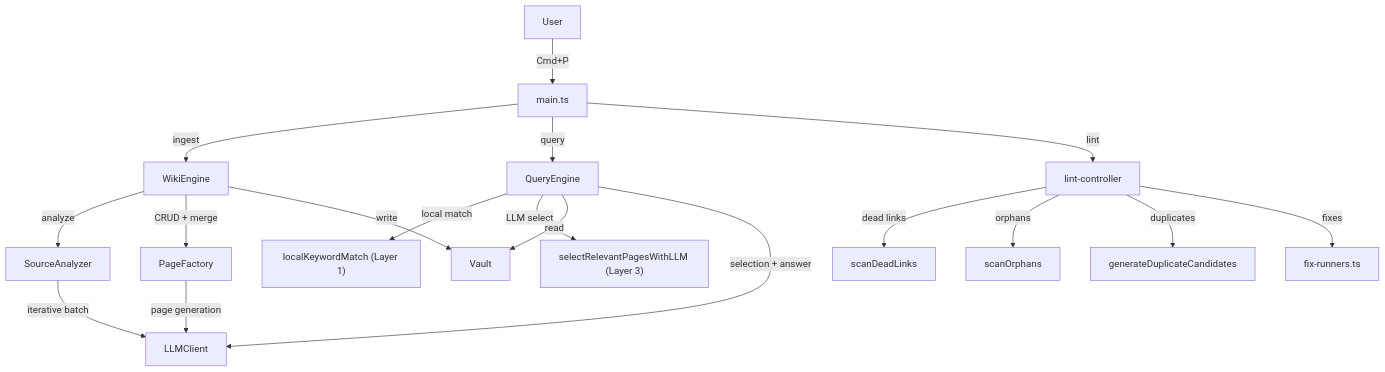
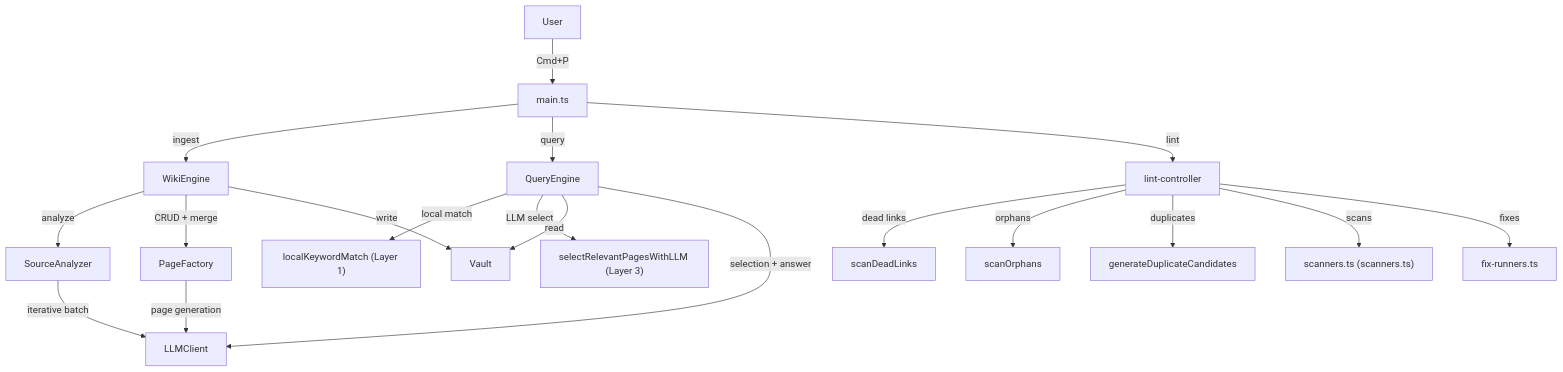
One commit to anemone06/obsidian-llm-wiki changed the diagram in CONTRIBUTING.md. Above: the diagram before and after it, drawn with Mermaid. The commit also changed other lines of this file and 8 other files, not shown here.

````diff
--- a/CONTRIBUTING.md
+++ b/CONTRIBUTING.md
@@ -108,24 +118,25 @@
 ```mermaid
 graph TD
     User -->|Cmd+P| main.ts
     main.ts -->|ingest| WikiEngine
     main.ts -->|query| QueryEngine
     main.ts -->|lint| lint-controller
 
     WikiEngine -->|analyze| SourceAnalyzer
     WikiEngine -->|CRUD + merge| PageFactory
     WikiEngine -->|write| Vault
 
     QueryEngine -->|local match| localKeywordMatch["localKeywordMatch (Layer 1)"]
     QueryEngine -->|LLM select| selectRelevantPagesWithLLM["selectRelevantPagesWithLLM (Layer 3)"]
     QueryEngine -->|read| Vault
 
     lint-controller -->|dead links| scanDeadLinks
     lint-controller -->|orphans| scanOrphans
     lint-controller -->|duplicates| generateDuplicateCandidates
+    lint-controller -->|scans| scanners["scanners.ts (scanners.ts)"]
     lint-controller -->|fixes| fix-runners["fix-runners.ts"]
 
     SourceAnalyzer -->|iterative batch| LLMClient
     PageFactory -->|page generation| LLMClient
     QueryEngine -->|selection + answer| LLMClient
 ```
````
